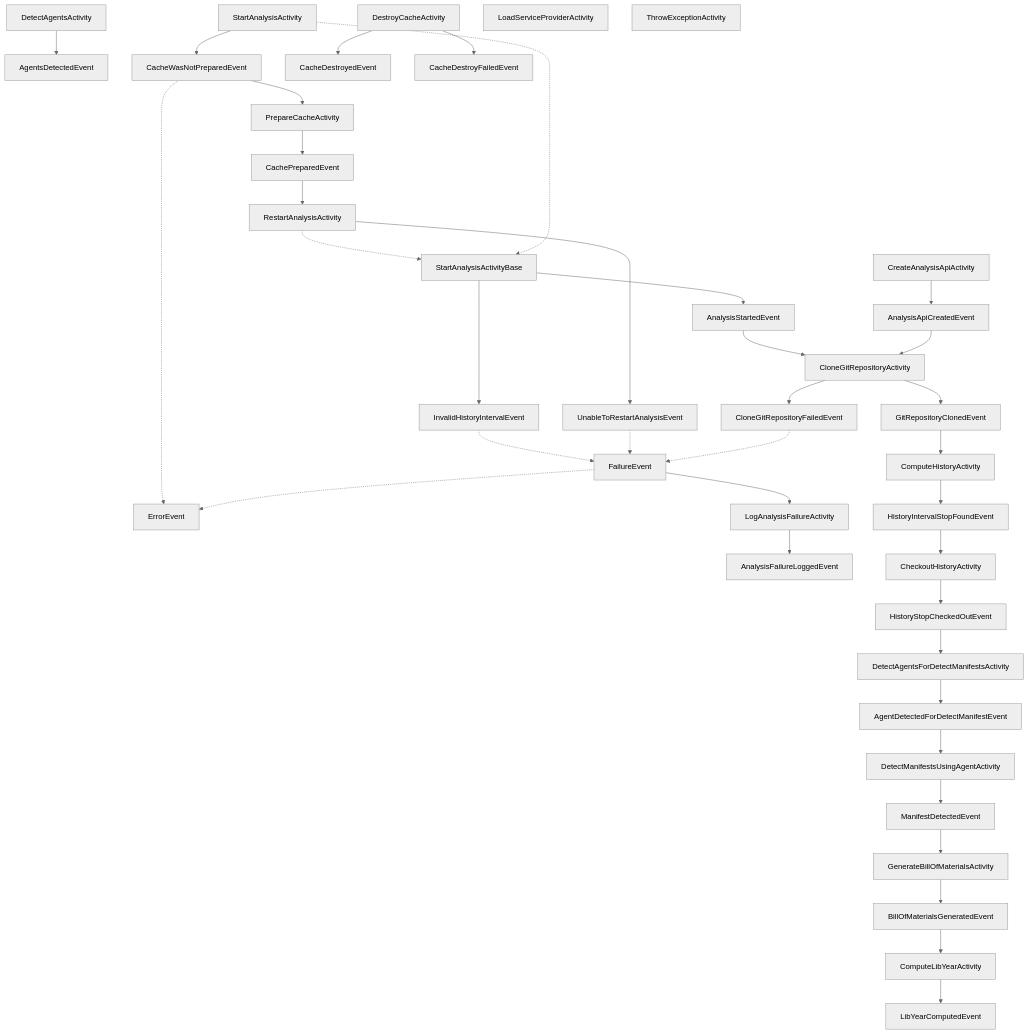
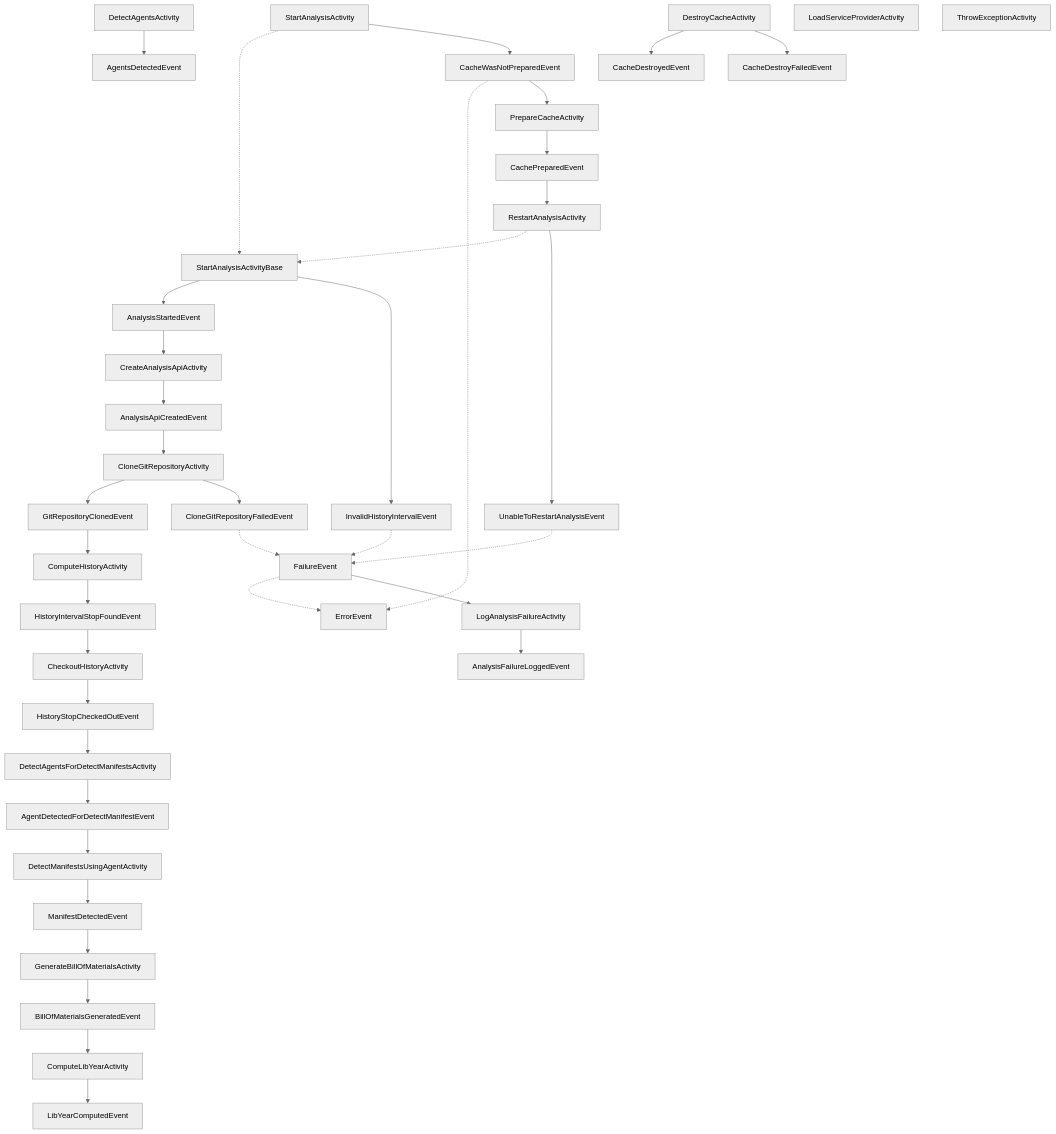
One commit to corgibytes/freshli-cli changed the diagram in docs/activities-and-events.md. Above: the diagram before and after it, drawn with Mermaid (neutral theme).

Commit message:
Committing auto generated diagram.

````diff
--- a/docs/activities-and-events.md
+++ b/docs/activities-and-events.md
@@ -13,51 +13,51 @@
 ```mermaid
 flowchart TD;
     PrepareCacheActivity --> CachePreparedEvent
     AgentsDetectedEvent
     DetectAgentsActivity --> AgentsDetectedEvent
     AgentDetectedForDetectManifestEvent --> DetectManifestsUsingAgentActivity
     AnalysisFailureLoggedEvent
-    AnalysisStartedEvent --> CloneGitRepositoryActivity
+    AnalysisStartedEvent --> CreateAnalysisApiActivity
     CacheWasNotPreparedEvent -.-> ErrorEvent
     CacheWasNotPreparedEvent --> PrepareCacheActivity
     DetectAgentsForDetectManifestsActivity --> AgentDetectedForDetectManifestEvent
     DetectManifestsUsingAgentActivity --> ManifestDetectedEvent
     ErrorEvent
     FailureEvent -.-> ErrorEvent
     FailureEvent --> LogAnalysisFailureActivity
     InvalidHistoryIntervalEvent -.-> FailureEvent
     InvalidHistoryIntervalEvent
     LogAnalysisFailureActivity --> AnalysisFailureLoggedEvent
     ManifestDetectedEvent --> GenerateBillOfMaterialsActivity
     RestartAnalysisActivity -.-> StartAnalysisActivityBase
     RestartAnalysisActivity --> UnableToRestartAnalysisEvent
     StartAnalysisActivity -.-> StartAnalysisActivityBase
     StartAnalysisActivity --> CacheWasNotPreparedEvent
     StartAnalysisActivityBase --> AnalysisStartedEvent
     StartAnalysisActivityBase --> InvalidHistoryIntervalEvent
     UnableToRestartAnalysisEvent -.-> FailureEvent
     UnableToRestartAnalysisEvent
     BillOfMaterialsGeneratedEvent --> ComputeLibYearActivity
     GenerateBillOfMaterialsActivity --> BillOfMaterialsGeneratedEvent
     CacheDestroyedEvent
     CacheDestroyFailedEvent
     DestroyCacheActivity --> CacheDestroyedEvent
     DestroyCacheActivity --> CacheDestroyFailedEvent
     CachePreparedEvent --> RestartAnalysisActivity
     ComputeLibYearActivity --> LibYearComputedEvent
     AnalysisApiCreatedEvent --> CloneGitRepositoryActivity
     CreateAnalysisApiActivity --> AnalysisApiCreatedEvent
     CloneGitRepositoryActivity --> GitRepositoryClonedEvent
     CloneGitRepositoryActivity --> CloneGitRepositoryFailedEvent
     CloneGitRepositoryFailedEvent -.-> FailureEvent
     CloneGitRepositoryFailedEvent
     GitRepositoryClonedEvent --> ComputeHistoryActivity
     CheckoutHistoryActivity --> HistoryStopCheckedOutEvent
     ComputeHistoryActivity --> HistoryIntervalStopFoundEvent
     HistoryIntervalStopFoundEvent --> CheckoutHistoryActivity
     HistoryStopCheckedOutEvent --> DetectAgentsForDetectManifestsActivity
     LibYearComputedEvent
     LoadServiceProviderActivity
     ThrowExceptionActivity
 
 ```
````
